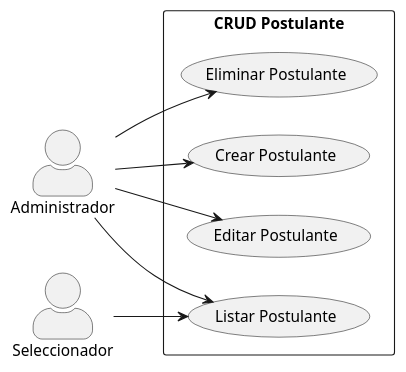
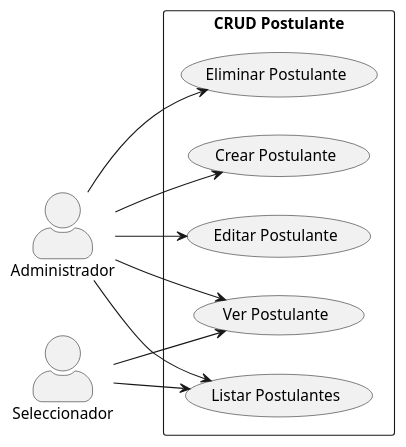
One commit to Dievex/24-25-IdSw1-SDR changed the diagram in casos_de_uso/diagramas_casos_de_uso/crud_postulante.puml. Above: the diagram before and after it, drawn with PlantUML. The commit also changed 3 other files, not shown here.

Commit message:
feat(use-case-diagrams): add view operations to CRUD diagrams

```diff
--- a/casos_de_uso/diagramas_casos_de_uso/crud_postulante.puml
+++ b/casos_de_uso/diagramas_casos_de_uso/crud_postulante.puml
@@ -1,21 +1,25 @@
 @startuml
 skinparam actorStyle awesome
 left to right direction
 actor "Administrador" as Admin
 actor "Seleccionador" as Seleccionador
 
 rectangle "CRUD Postulante" {
   usecase "Crear Postulante" as CrearPostulante
-  usecase "Listar Postulante" as ListarPostulante
+  usecase "Listar Postulantes" as ListarPostulante
   usecase "Editar Postulante" as EditarPostulante
   usecase "Eliminar Postulante" as EliminarPostulante
+  usecase "Ver Postulante" as VerPostulante
 }
 
 Admin --> CrearPostulante
 Admin --> ListarPostulante
 Admin --> EditarPostulante
 Admin --> EliminarPostulante
+Admin --> VerPostulante
+
 
 Seleccionador --> ListarPostulante
+Seleccionador --> VerPostulante
 
 @enduml
```
